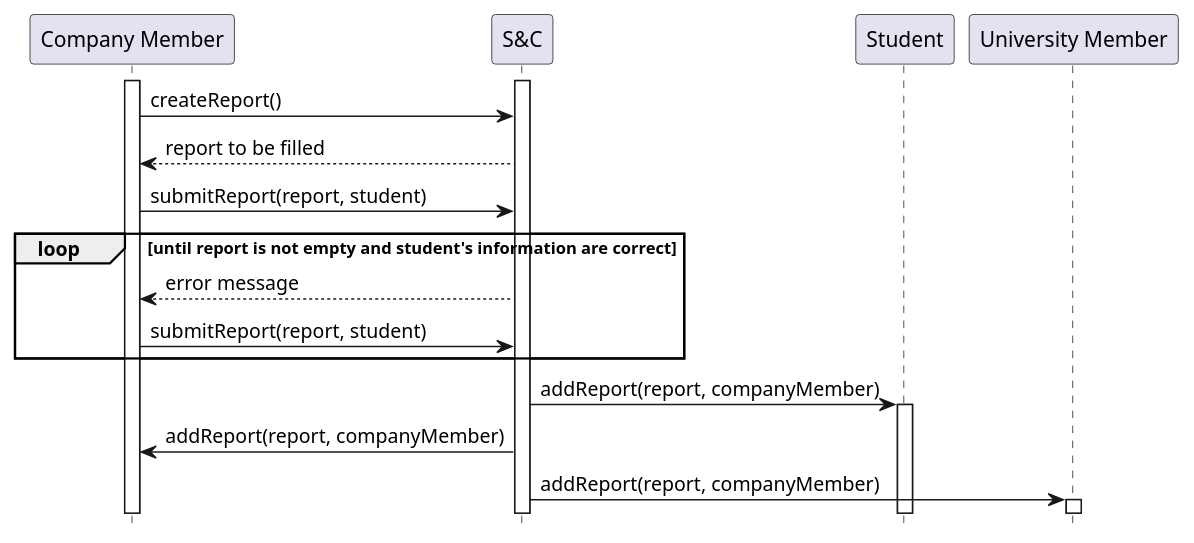
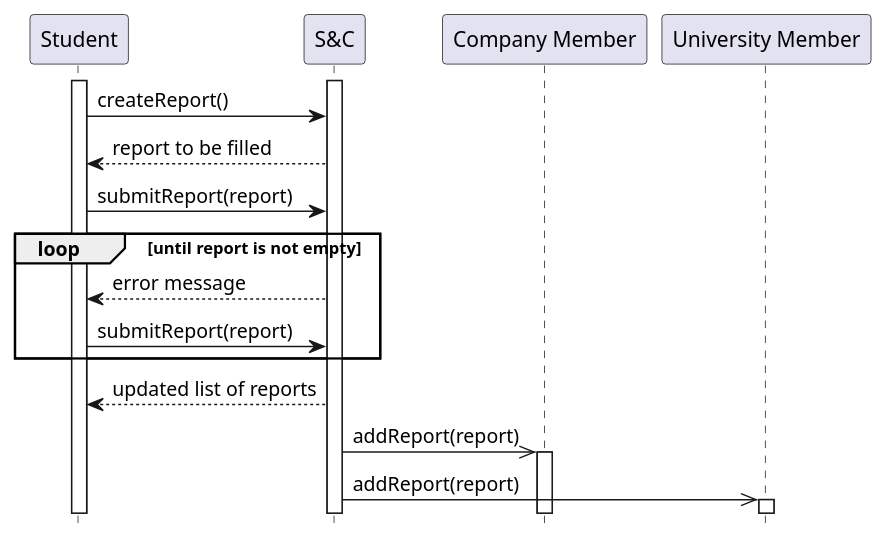
Before and after one commit to matti8702/R_and_DD_project_SE2: the diagram in RASD/Specific_requirements/uml_diagrams/UC22_diagram.puml, drawn with PlantUML. The commit also changed 12 other files, not shown here.

```diff
--- a/RASD/Specific_requirements/uml_diagrams/UC22_diagram.puml
+++ b/RASD/Specific_requirements/uml_diagrams/UC22_diagram.puml
@@ -1,24 +1,24 @@
 @startuml UC22_diagram
 hide footbox
 
+participant "Student" as ST
+participant "S&C" AS S
 participant "Company Member" as CM
-participant "S&C" AS S
-participant "Student" as ST
 participant "University Member" as UM
 
-activate CM
+activate ST
 activate S
 
-CM -> S : createReport()
-S --> CM : report to be filled
-CM -> S : submitReport(report, student)
-loop until report is not empty and student's information are correct
-    S --> CM : error message
-    CM -> S : submitReport(report, student)
+ST -> S : createReport()
+S --> ST : report to be filled
+ST -> S : submitReport(report)
+loop until report is not empty
+    S --> ST : error message
+    ST -> S : submitReport(report)
 end
-S -> ST : addReport(report, companyMember)
-activate ST
-S -> CM : addReport(report, companyMember)
-S -> UM : addReport(report, companyMember)
+S --> ST : updated list of reports
+S ->> CM : addReport(report)
+activate CM
+S ->> UM : addReport(report)
 activate UM
 @enduml
```
